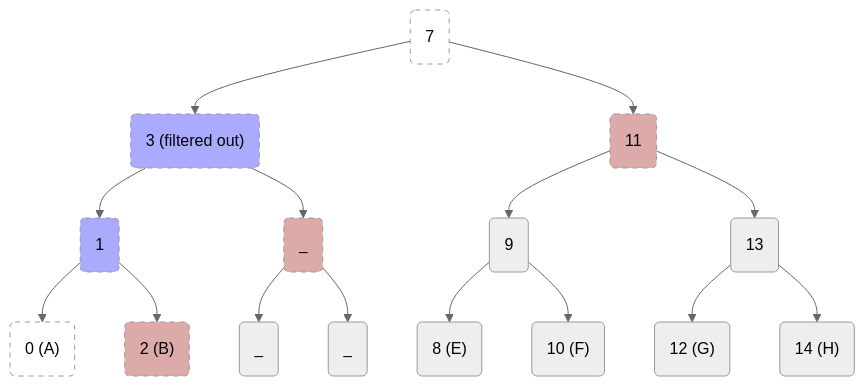
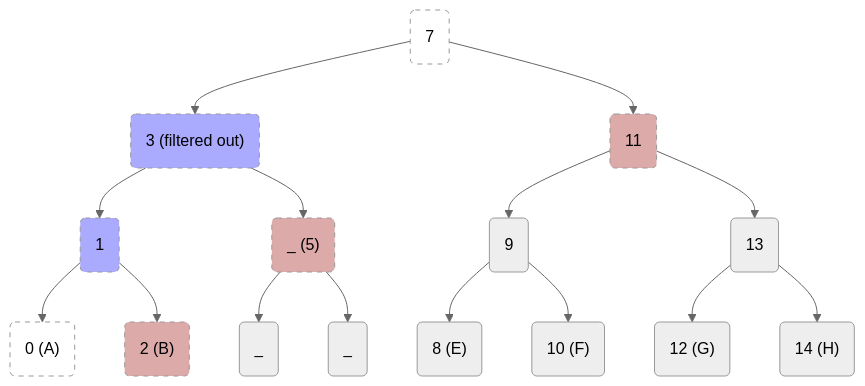
One commit to duesee/mls-dictionary changed the fourth of 5 diagrams in README.md. Above: the diagram before and after it, drawn with Mermaid. The commit also changed other lines of this file, not shown here.

````diff
--- a/README.md
+++ b/README.md
@@ -229,47 +239,47 @@
 ```mermaid
 %%{ init: { "theme": "neutral" } }%%
 
 graph TD;
     N0("0 (A)")
     N1("1")
     N2("2 (B)")
     N3("3 (filtered out)")
     N4("_")
-    N5("_")
+    N5("_ (5)")
     N6("_")
     N7("7")
     N8("8 (E)")
     N9("9")
     N10("10 (F)")
     N11("11")
     N12("12 (G)")
     N13("13")
     N14("14 (H)")
     
     N7 --> N3
     N7 --> N11
     
     N3 --> N1
     N3 --> N5
     N11 --> N9
     N11 --> N13
 
     N1 --> N0
     N1 --> N2
     N5 --> N4
     N5 --> N6
     N9 --> N8
     N9 --> N10
     N13 --> N12
     N13 --> N14
 
     style N0 fill:#ffffff,stroke-dasharray: 5 5
     style N1 fill:#aaaaff,stroke-dasharray: 5 5
     style N3 fill:#aaaaff,stroke-dasharray: 5 5
     style N7 fill:#ffffff,stroke-dasharray: 5 5
 
     style N2 fill:#ddaaaa,stroke-dasharray: 5 5
     style N5 fill:#ddaaaa,stroke-dasharray: 5 5
     style N11 fill:#ddaaaa,stroke-dasharray: 5 5
     
 ```
````
